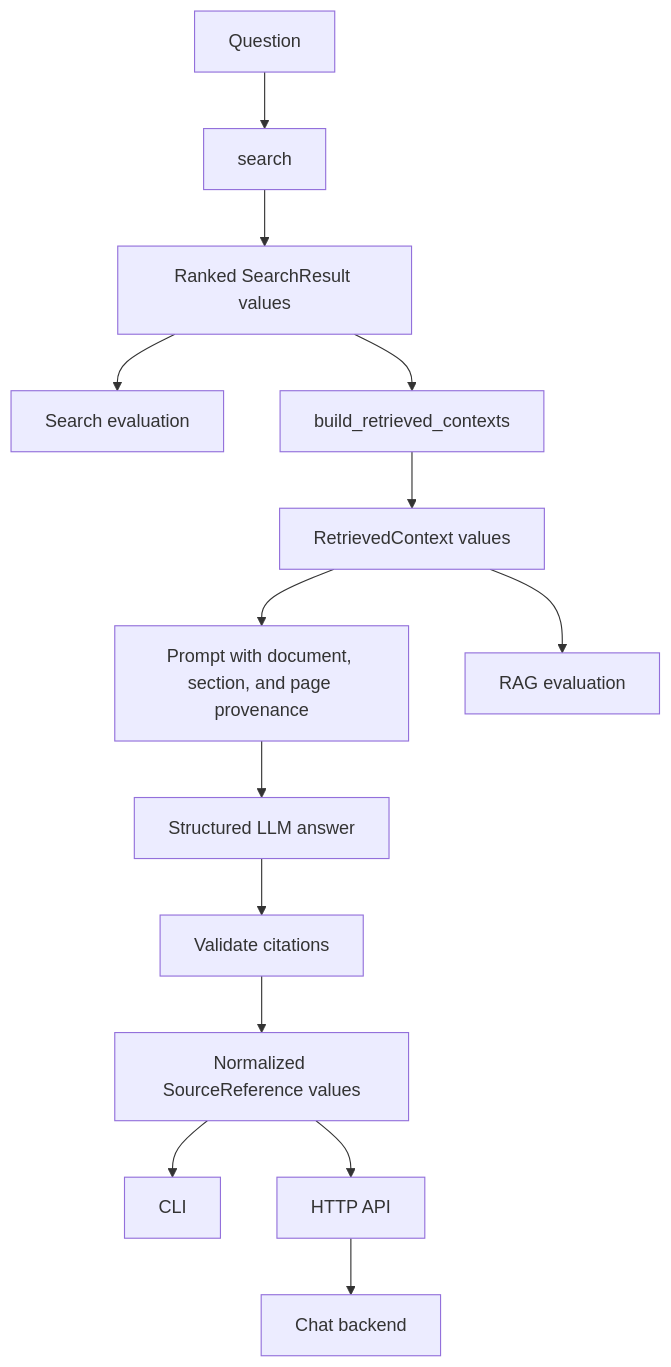
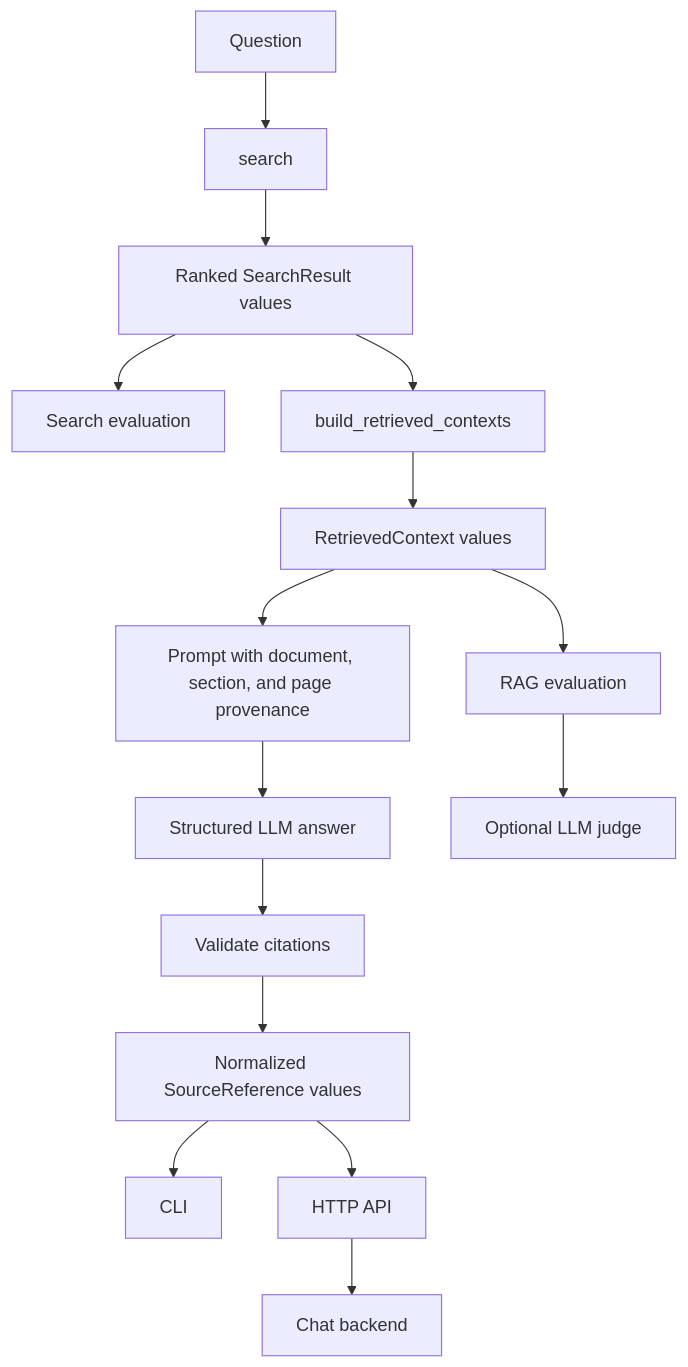
The diagram in document-page-source-tracking-plan.md (QuentinElGuay/portfolio-ai-tour-guide), drawn with Mermaid before and after one commit. The commit also changed other lines of this file and 9 other files, not shown here.

Commit message:
LLM judge evaluation

````diff
--- a/document-page-source-tracking-plan.md
+++ b/document-page-source-tracking-plan.md
@@ -16,16 +16,17 @@
 ```mermaid
 flowchart TD
     Q[Question] --> S[search]
     S --> SR[Ranked SearchResult values]
     SR --> SE[Search evaluation]
     SR --> RC[build_retrieved_contexts]
     RC --> C[RetrievedContext values]
     C --> P[Prompt with document, section, and page provenance]
     P --> L[Structured LLM answer]
     L --> V[Validate citations]
     V --> R[Normalized SourceReference values]
     R --> CLI[CLI]
     R --> API[HTTP API]
     API --> CHAT[Chat backend]
     C --> RE[RAG evaluation]
+    RE --> J[Optional LLM judge]
 ```
````
